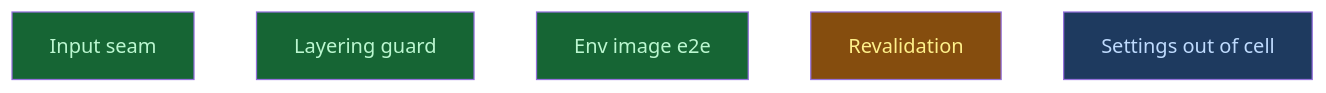
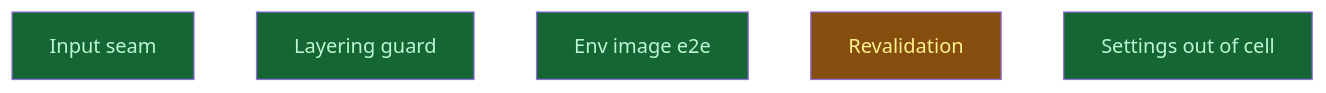
One commit to CrackingShells/Candler changed the diagram in __roadmap__/m2c-wire-alignment/consumers/closeout/README.md. Above: the diagram before and after it, drawn with Mermaid. The commit also changed other lines of this file and 1 other file, not shown here.

First line of the commit message:
rdm(experiment): mark the settings amendment done

````diff
--- a/__roadmap__/m2c-wire-alignment/consumers/closeout/README.md
+++ b/__roadmap__/m2c-wire-alignment/consumers/closeout/README.md
@@ -21,13 +21,13 @@
 ```mermaid
 graph TD
     input_seam[Input seam]:::done
     layering_guard[Layering guard]:::done
     env_image_e2e[Env image e2e]:::done
     revalidation[Revalidation]:::inprogress
-    settings_out_of_cell[Settings out of cell]:::amendment
+    settings_out_of_cell[Settings out of cell]:::done
     classDef done       fill:#166534,color:#bbf7d0
     classDef inprogress fill:#854d0e,color:#fef08a
     classDef planned    fill:#374151,color:#e5e7eb
     classDef amendment  fill:#1e3a5f,color:#bfdbfe
     classDef blocked    fill:#7f1d1d,color:#fecaca
 ```
````
